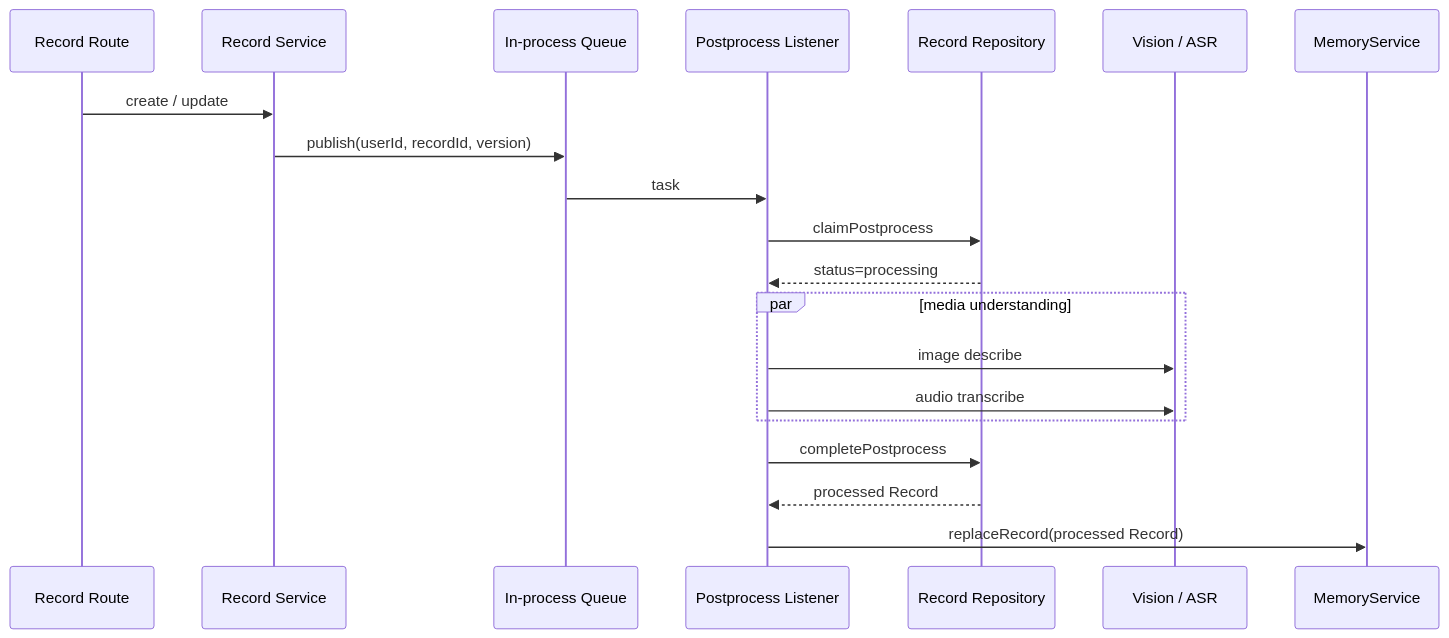
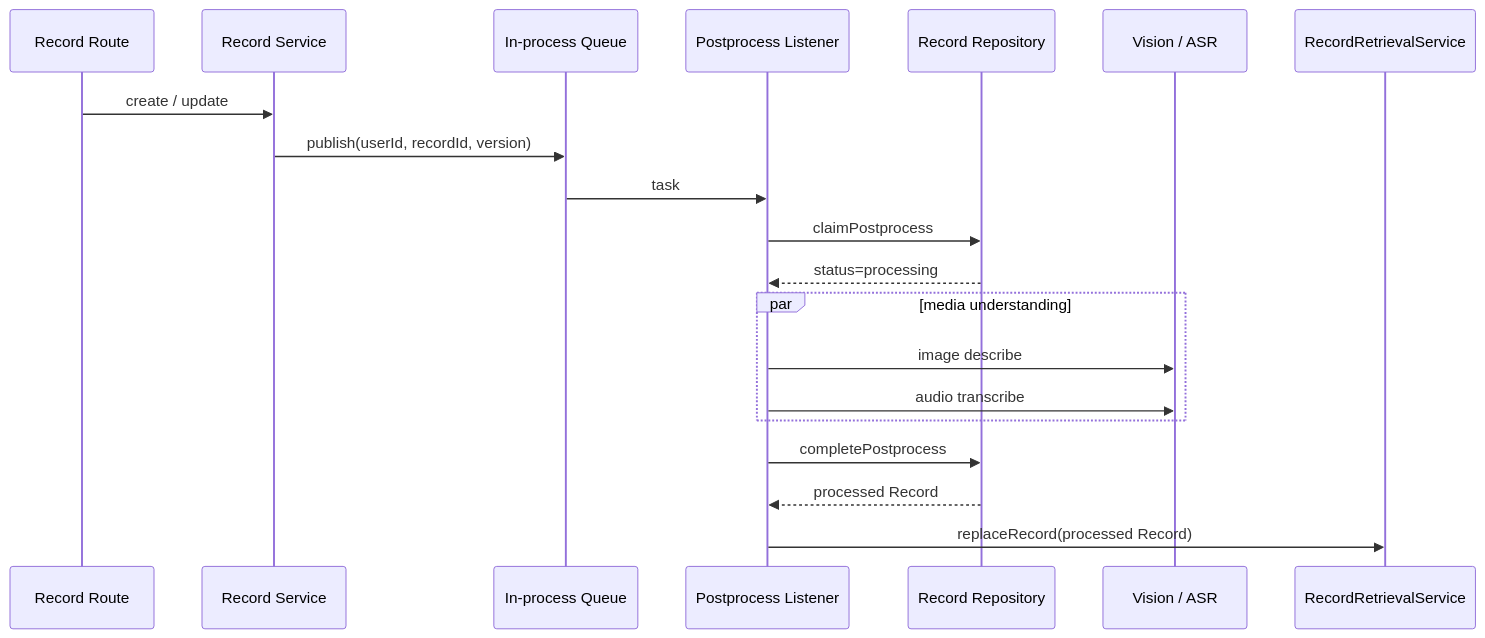
One commit to huiru-wang/fanto changed the second of 2 diagrams in docs/architecture/server.md. Above: the diagram before and after it, drawn with Mermaid. The commit also changed other lines of this file and 63 other files, not shown here.

````diff
--- a/docs/architecture/server.md
+++ b/docs/architecture/server.md
@@ -66,23 +66,23 @@
 ```mermaid
 sequenceDiagram
   participant HTTP as Record Route
   participant S as Record Service
   participant Q as In-process Queue
   participant L as Postprocess Listener
   participant R as Record Repository
   participant AI as Vision / ASR
-  participant M as MemoryService
+  participant I as RecordRetrievalService
 
   HTTP->>S: create / update
   S->>Q: publish(userId, recordId, version)
   Q->>L: task
   L->>R: claimPostprocess
   R-->>L: status=processing
   par media understanding
     L->>AI: image describe
     L->>AI: audio transcribe
   end
   L->>R: completePostprocess
   R-->>L: processed Record
-  L->>M: replaceRecord(processed Record)
+  L->>I: replaceRecord(processed Record)
 ```
````
